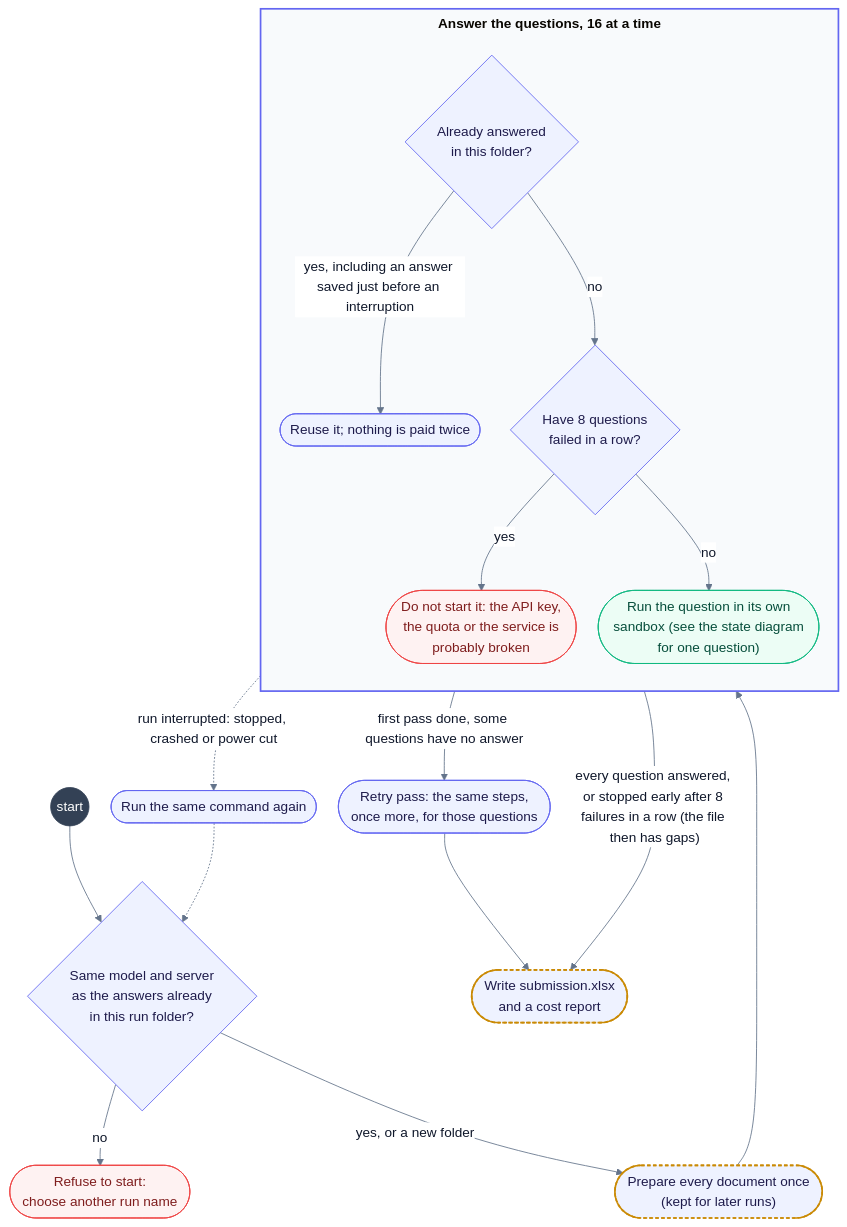
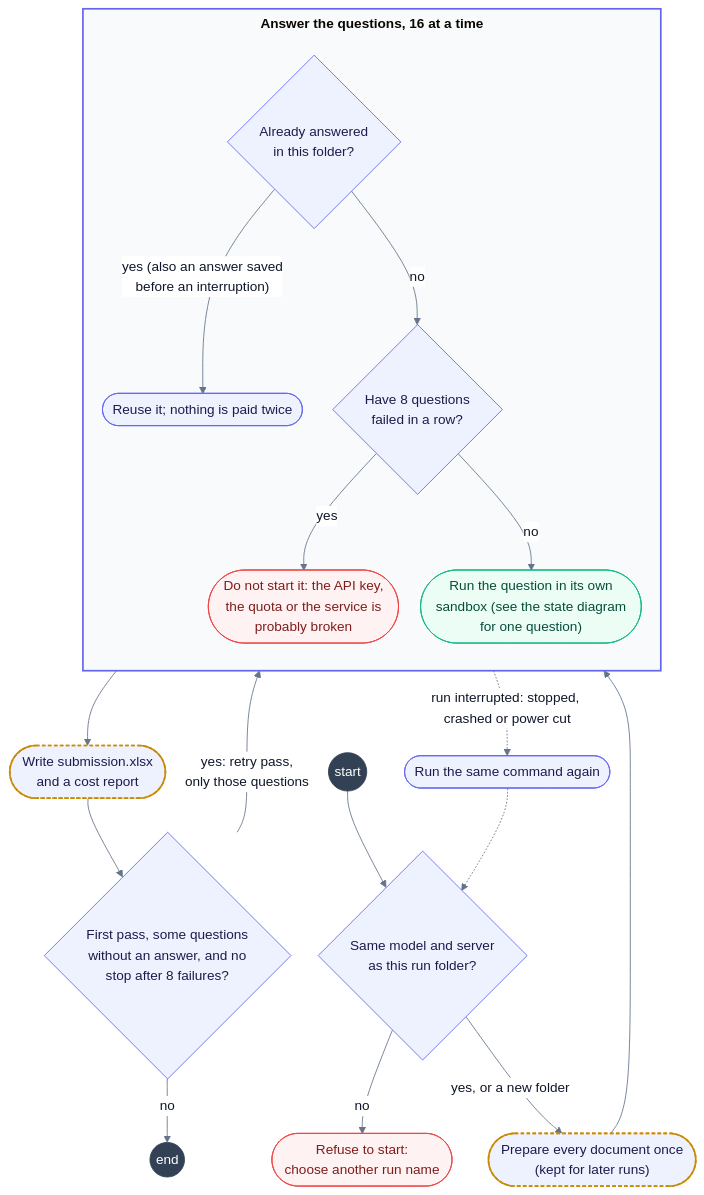
The diagram in docs/diagrams/run-states.mmd (eric15342335/AIFep-FDU.github.io), drawn with Mermaid before and after one commit. The commit also changed 11 other files, not shown here.

First line of the commit message:
Diagrams: fixes from a second design review

```diff
--- a/docs/diagrams/run-states.mmd
+++ b/docs/diagrams/run-states.mmd
@@ -1,40 +1,41 @@
 %%{init: {"theme": "base", "themeVariables": {"fontSize": "16px", "lineColor": "#64748b", "primaryTextColor": "#0f172a", "edgeLabelBackground": "#ffffff"}, "flowchart": {"nodeSpacing": 26, "rankSpacing": 40, "padding": 14, "wrappingWidth": 260, "subGraphTitleMargin": {"top": 6, "bottom": 16}}}}%%
 %% The states of a whole run (`uv run agent.py run`), around the per-question states in question-states.mmd.
 %% origin.json in the run folder records the model and server.
 %% 8 failures in a row: MAX_FAILURES_IN_A_ROW in tableqa/agent.py; one retry pass: --retries in agent.py.
 flowchart TB
-    begin(("start")) --> origin{"Same model and server<br/>as the answers already<br/>in this run folder?"}
+    begin(("start")) --> origin{"Same model and server<br/>as this run folder?"}
     origin -- "no" --> refuse(["Refuse to start:<br/>choose another run name"])
     origin -- "yes, or a new folder" --> prepare(["Prepare every document once<br/>(kept for later runs)"])
     prepare --> ANSWER
 
     subgraph ANSWER["<b>Answer the questions, 16 at a time</b>"]
         direction TB
         lookup{"Already answered<br/>in this folder?"}
         reuse(["Reuse it; nothing is paid twice"])
         gate{"Have 8 questions<br/>failed in a row?"}
         skip(["Do not start it: the API key,<br/>the quota or the service is<br/>probably broken"])
         session(["Run the question in its own<br/>sandbox (see the state diagram<br/>for one question)"])
-        lookup -- "yes, including an answer saved just before an interruption" --> reuse
+        lookup -- "yes (also an answer saved<br/>before an interruption)" --> reuse
         lookup -- "no" --> gate
         gate -- "yes" --> skip
         gate -- "no" --> session
     end
 
-    ANSWER -- "first pass done, some questions have no answer" --> retry(["Retry pass: the same steps,<br/>once more, for those questions"])
-    retry --> write
-    ANSWER -- "every question answered, or stopped early after 8 failures in a row (the file then has gaps)" --> write(["Write submission.xlsx<br/>and a cost report"])
+    ANSWER --> write(["Write submission.xlsx<br/>and a cost report"])
+    write --> more{"First pass, some questions<br/>without an answer, and no<br/>stop after 8 failures?"}
+    more -- "yes: retry pass,<br/>only those questions" --> ANSWER
+    more -- "no" --> done(("end"))
     ANSWER -. "run interrupted: stopped, crashed or power cut" .-> again(["Run the same command again"])
     again -.-> origin
 
     classDef ours fill:#eef2ff,stroke:#6366f1,color:#1e1b4b
     classDef usesBase fill:#eef2ff,stroke:#ca8a04,color:#1e1b4b,stroke-width:2px,stroke-dasharray:4 3
     classDef agent fill:#ecfdf5,stroke:#10b981,color:#064e3b
     classDef bad fill:#fef2f2,stroke:#ef4444,color:#7f1d1d
     classDef dot fill:#334155,stroke:#334155,color:#ffffff
-    class origin,lookup,gate,reuse,retry,again ours
+    class origin,lookup,gate,reuse,more,again ours
     class prepare,write usesBase
     class session agent
     class refuse,skip bad
-    class begin dot
+    class begin,done dot
     style ANSWER fill:#f8fafc,stroke:#6366f1,stroke-width:2px
```
